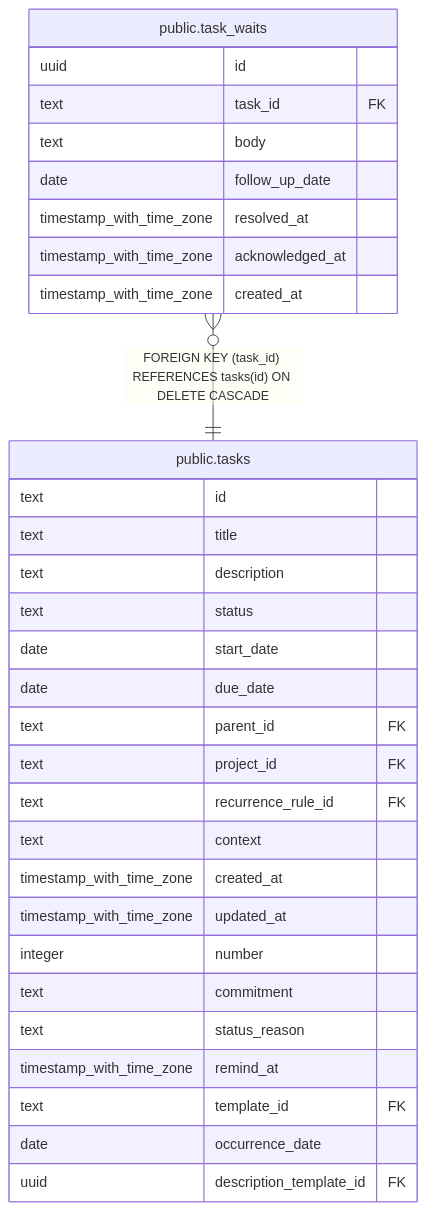
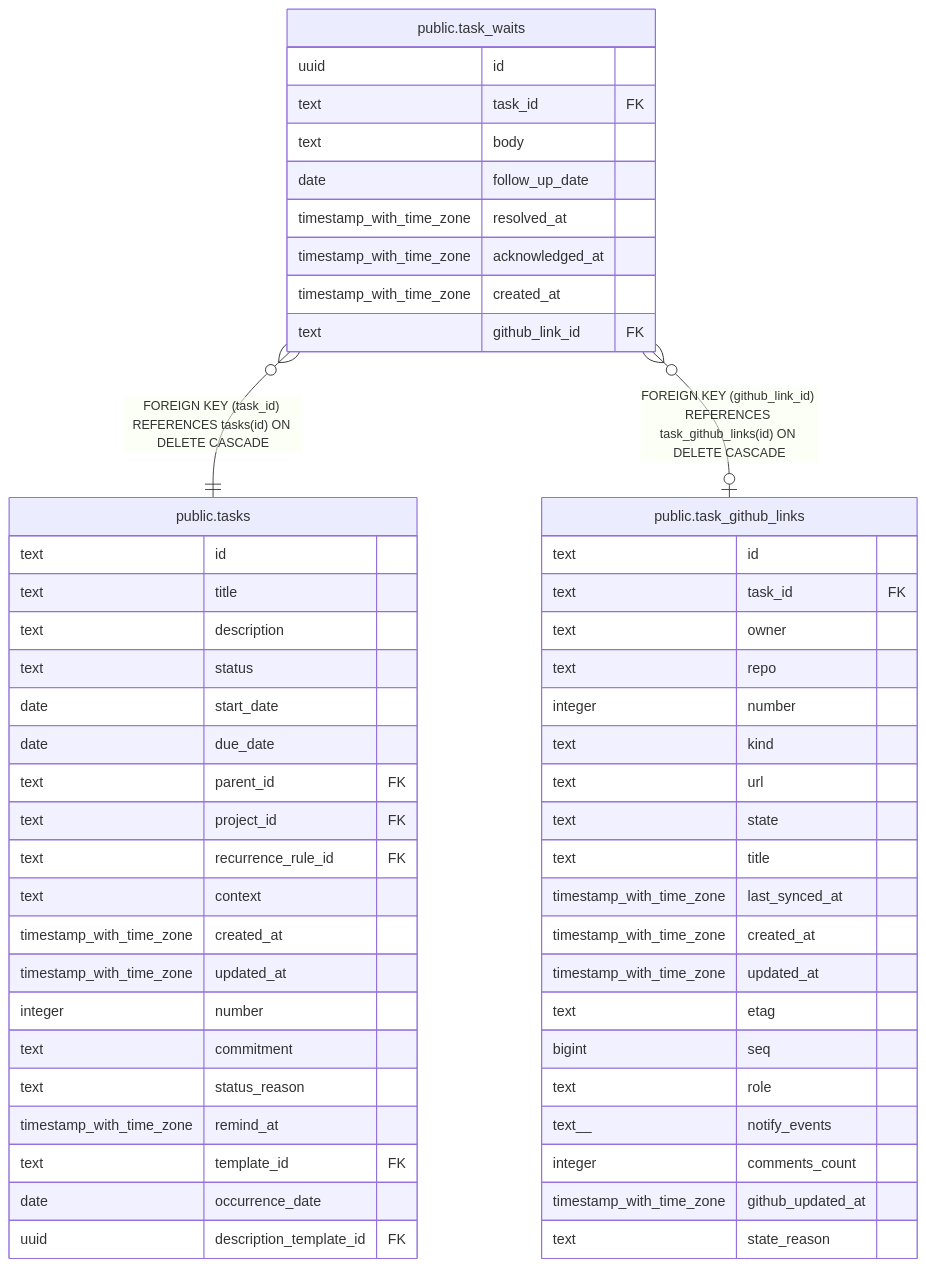
Before and after one commit to fohte/tq: the diagram in api/docs/db/public.task_waits.md, drawn with Mermaid. The commit also changed other lines of this file and 25 other files, not shown here.

````diff
--- a/api/docs/db/public.task_waits.md
+++ b/api/docs/db/public.task_waits.md
@@ -41,36 +44,59 @@
 ```mermaid
 erDiagram
 
 "public.task_waits" }o--|| "public.tasks" : "FOREIGN KEY (task_id) REFERENCES tasks(id) ON DELETE CASCADE"
+"public.task_waits" }o--o| "public.task_github_links" : "FOREIGN KEY (github_link_id) REFERENCES task_github_links(id) ON DELETE CASCADE"
 
 "public.task_waits" {
   uuid id
   text task_id FK
   text body
   date follow_up_date
   timestamp_with_time_zone resolved_at
   timestamp_with_time_zone acknowledged_at
   timestamp_with_time_zone created_at
+  text github_link_id FK
 }
 "public.tasks" {
   text id
   text title
   text description
   text status
   date start_date
   date due_date
   text parent_id FK
   text project_id FK
   text recurrence_rule_id FK
   text context
   timestamp_with_time_zone created_at
   timestamp_with_time_zone updated_at
   integer number
   text commitment
   text status_reason
   timestamp_with_time_zone remind_at
   text template_id FK
   date occurrence_date
   uuid description_template_id FK
 }
+"public.task_github_links" {
+  text id
+  text task_id FK
+  text owner
+  text repo
+  integer number
+  text kind
+  text url
+  text state
+  text title
+  timestamp_with_time_zone last_synced_at
+  timestamp_with_time_zone created_at
+  timestamp_with_time_zone updated_at
+  text etag
+  bigint seq
+  text role
+  text__ notify_events
+  integer comments_count
+  timestamp_with_time_zone github_updated_at
+  text state_reason
+}
 ```
````
